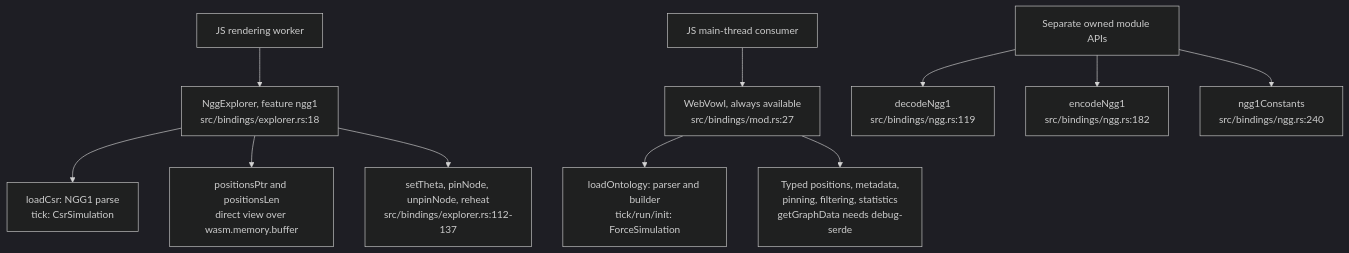
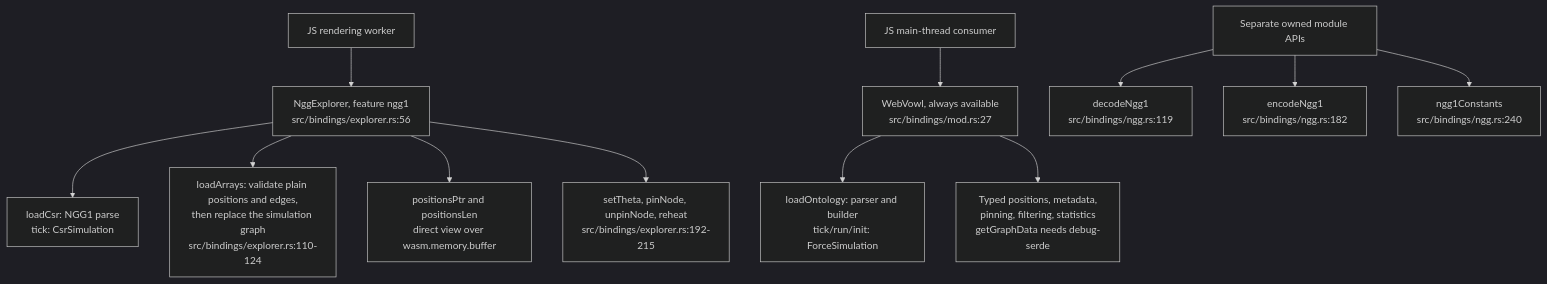
One commit to DreamLab-AI/VisionFlow changed the fifth of 6 diagrams in docs/diagrams/vowl-wasm/01-crate-composition-and-wasm-boundary.md. Above: the diagram before and after it, drawn with Mermaid (dark theme). The commit also changed other lines of this file and 48 other files, not shown here.

Commit message:
docs: reconcile estate repairs and first diagram refresh batch

````diff
--- a/docs/diagrams/vowl-wasm/01-crate-composition-and-wasm-boundary.md
+++ b/docs/diagrams/vowl-wasm/01-crate-composition-and-wasm-boundary.md
@@ -91,13 +91,14 @@
 ```mermaid
 flowchart TB
-    WORKER["JS rendering worker"] --> NG["NggExplorer, feature ngg1<br/>src/bindings/explorer.rs:18"]
+    WORKER["JS rendering worker"] --> NG["NggExplorer, feature ngg1<br/>src/bindings/explorer.rs:56"]
     NG --> LOAD["loadCsr: NGG1 parse<br/>tick: CsrSimulation"]
+    NG --> ARR["loadArrays: validate plain positions and edges,<br/>then replace the simulation graph<br/>src/bindings/explorer.rs:110-124"]
     NG --> PTR["positionsPtr and positionsLen<br/>direct view over wasm.memory.buffer"]
-    NG --> TUNE["setTheta, pinNode, unpinNode, reheat<br/>src/bindings/explorer.rs:112-137"]
+    NG --> TUNE["setTheta, pinNode, unpinNode, reheat<br/>src/bindings/explorer.rs:192-215"]
     MAIN["JS main-thread consumer"] --> WV["WebVowl, always available<br/>src/bindings/mod.rs:27"]
     WV --> JSON["loadOntology: parser and builder<br/>tick/run/init: ForceSimulation"]
     WV --> STATE["Typed positions, metadata,<br/>pinning, filtering, statistics<br/>getGraphData needs debug-serde"]
     OWNED["Separate owned module APIs"] --> DECODE["decodeNgg1<br/>src/bindings/ngg.rs:119"]
     OWNED --> ENCODE["encodeNgg1<br/>src/bindings/ngg.rs:182"]
     OWNED --> CONST["ngg1Constants<br/>src/bindings/ngg.rs:240"]
 ```
````
